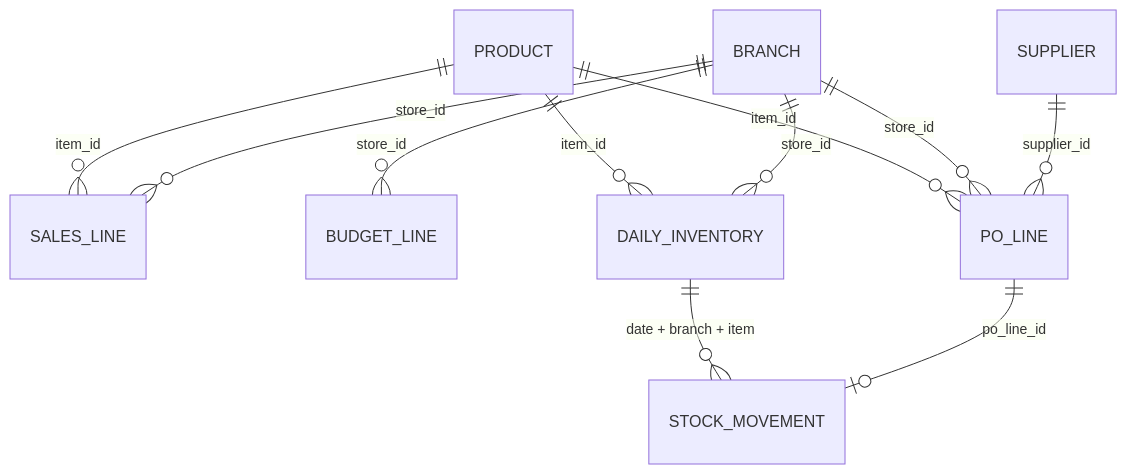
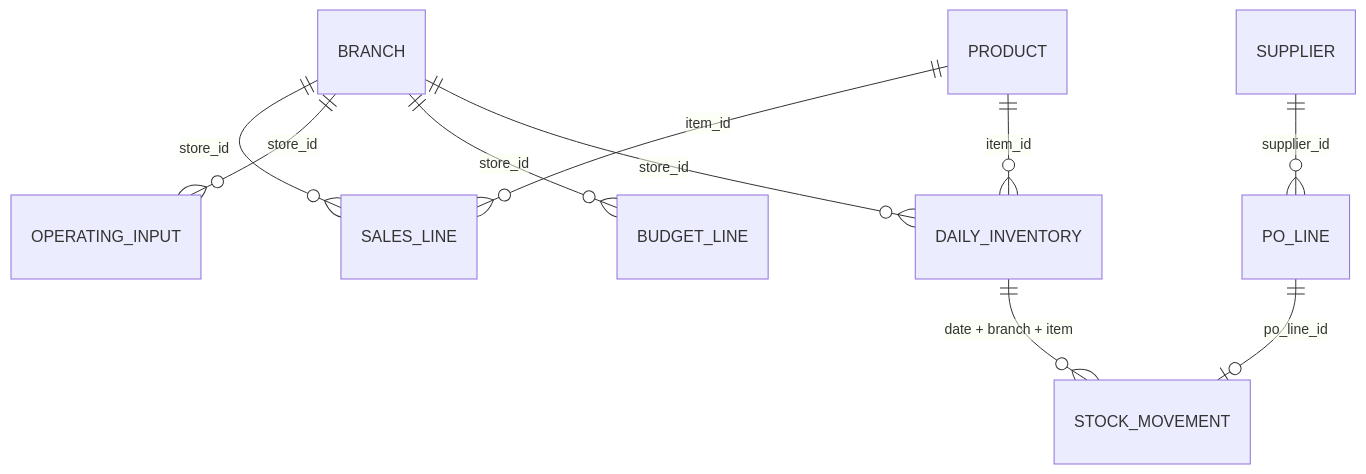
Before and after one commit to chaimongkol-inpanya/Retail_Store_Profitability_Analysis: the second of 2 diagrams in README.md, drawn with Mermaid. The commit also changed other lines of this file and 383 other files, not shown here.

Commit message:
Refactor retail pipeline to Polars and class-based architecture

````diff
--- a/README.md
+++ b/README.md
@@ -62,13 +88,12 @@
 ```mermaid
 erDiagram
  BRANCH ||--o{ SALES_LINE : store_id
  PRODUCT ||--o{ SALES_LINE : item_id
+ BRANCH ||--o{ OPERATING_INPUT : store_id
  BRANCH ||--o{ BUDGET_LINE : store_id
  BRANCH ||--o{ DAILY_INVENTORY : store_id
  PRODUCT ||--o{ DAILY_INVENTORY : item_id
  SUPPLIER ||--o{ PO_LINE : supplier_id
  PO_LINE ||--o| STOCK_MOVEMENT : po_line_id
  DAILY_INVENTORY ||--o{ STOCK_MOVEMENT : "date + branch + item"
- BRANCH ||--o{ PO_LINE : store_id
- PRODUCT ||--o{ PO_LINE : item_id
 ```
````
